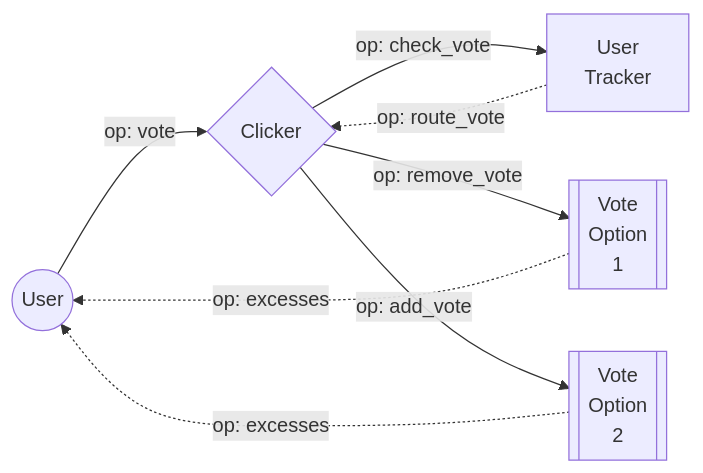
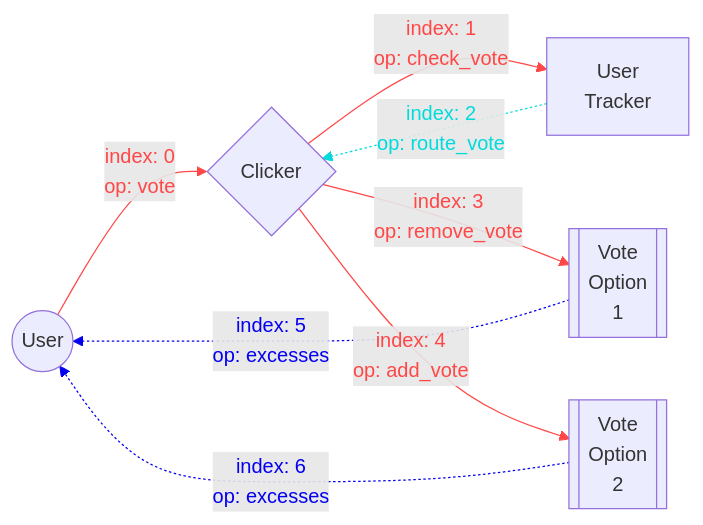
One commit to sikvelsigma/ton-template changed the seventh of 7 diagrams in docs/task.md. Above: the diagram before and after it, drawn with Mermaid. The commit also changed other lines of this file and 1 other file, not shown here.

````diff
--- a/docs/task.md
+++ b/docs/task.md
@@ -166,16 +173,24 @@
 ```mermaid
 flowchart LR
 	A0(("User"))
 	A1{"Clicker"}
 	A2["User<br/>Tracker"]
 	A3[["Vote<br/>Option<br/>1"]]
 	A4[["Vote<br/>Option<br/>2"]]
 
-	A0 --> |op: vote|A1
-	A1 --> |op: check_vote|A2
-	A2 -.-> |op: route_vote|A1
-	A1 --> |op: remove_vote|A3
-	A1 --> |op: add_vote|A4
-    A3 -.-> |op: excesses|A0
-    A4 -.-> |op: excesses|A0
+	A0 --> |index: 0<br/>op: vote|A1
+	A1 --> |index: 1<br/>op: check_vote|A2
+	A2 -.-> |index: 2<br/>op: route_vote|A1
+	A1 --> |index: 3<br/>op: remove_vote|A3
+	A1 --> |index: 4<br/>op: add_vote|A4
+    A3 -.-> |index: 5<br/>op: excesses|A0
+    A4 -.-> |index: 6<br/>op: excesses|A0
+
+	linkStyle 0 stroke:#ff4747,color:#ff4747
+	linkStyle 1 stroke:#ff4747,color:#ff4747
+	linkStyle 2 stroke:#02dbdb,color:#02dbdb
+	linkStyle 3 stroke:#ff4747,color:#ff4747
+	linkStyle 4 stroke:#ff4747,color:#ff4747
+	linkStyle 5 stroke:#0400f0,color:#0400f0
+	linkStyle 6 stroke:#0400f0,color:#0400f0
 ```
````
